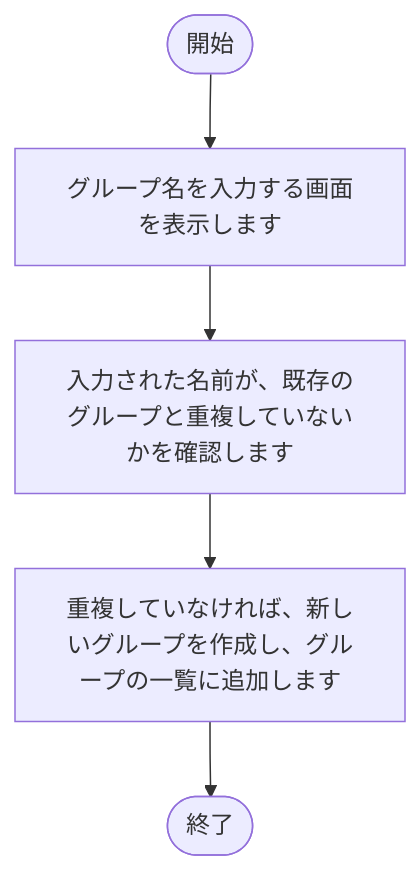
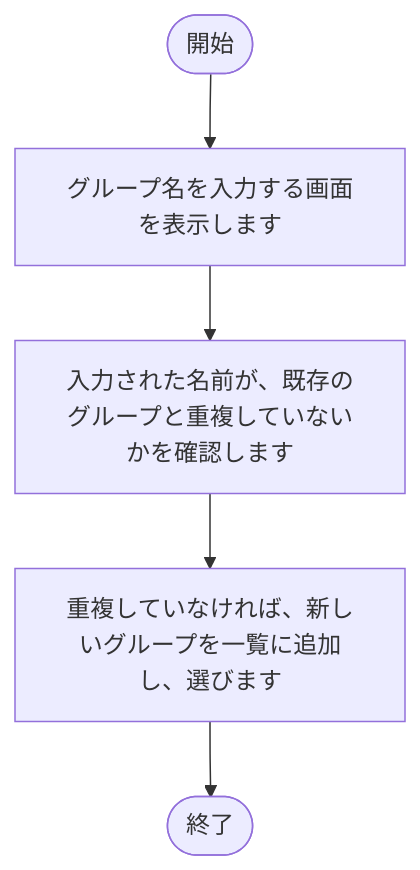
Diagram 12 of 15 in tool/kintone-resourse-generator/doc/02_設計/処理フロー.md (nishida2073/project_management), drawn with Mermaid before and after one commit. The commit also changed other lines of this file and 16 other files, not shown here.

````diff
--- a/tool/kintone-resourse-generator/doc/02_設計/処理フロー.md
+++ b/tool/kintone-resourse-generator/doc/02_設計/処理フロー.md
@@ -310,12 +337,12 @@
 ```mermaid
 flowchart TD
     S(["開始"])
     E(["終了"])
     N1["グループ名を入力する画面を表示します"]
     S --> N1
     N2["入力された名前が、既存のグループと重複していないかを確認します"]
     N1 --> N2
-    N3["重複していなければ、新しいグループを作成し、グループの一覧に追加します"]
+    N3["重複していなければ、新しいグループを一覧に追加し、選びます"]
     N2 --> N3
     N3 --> E
 ```
````
